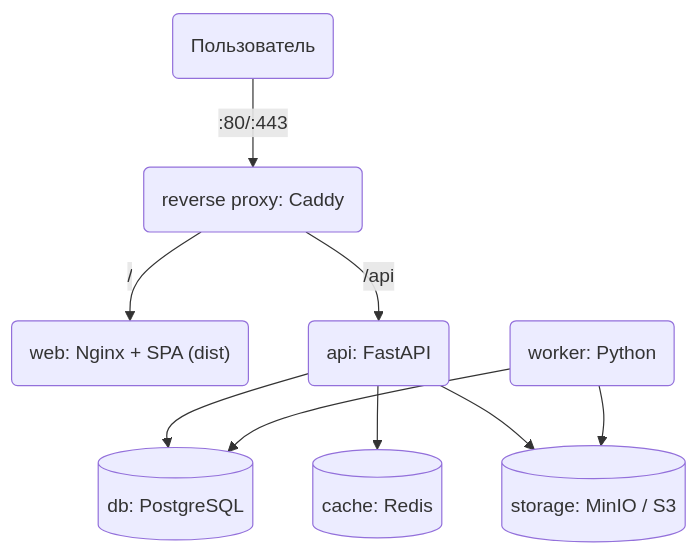
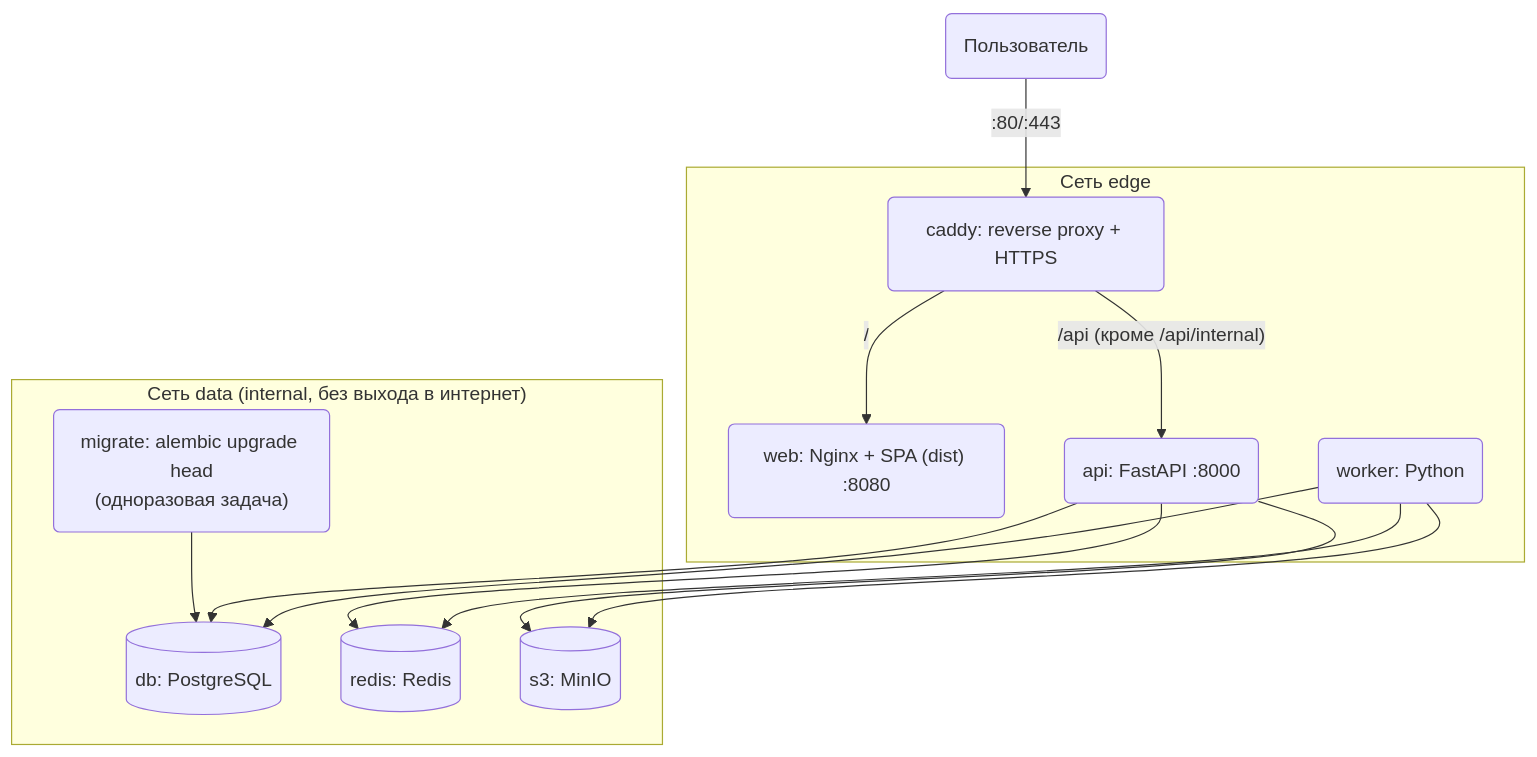
One commit to Daniil-Solo/Saas-Template changed the second of 2 diagrams in docs/deployment.md. Above: the diagram before and after it, drawn with Mermaid. The commit also changed other lines of this file and 7 other files, not shown here.

````diff
--- a/docs/deployment.md
+++ b/docs/deployment.md
@@ -54,14 +54,29 @@
 ```mermaid
 flowchart TD
-    user("Пользователь") -->|":80/:443"| caddy("reverse proxy: Caddy")
+    user("Пользователь") -->|":80/:443"| caddy("caddy: reverse proxy + HTTPS")
 
-    caddy -->|"/"| web("web: Nginx + SPA (dist)")
-    caddy -->|"/api"| api("api: FastAPI")
+    subgraph edge["Сеть edge"]
+        caddy
+        web("web: Nginx + SPA (dist) :8080")
+        api("api: FastAPI :8000")
+        worker("worker: Python")
+    end
 
-    api --> db[("db: PostgreSQL")]
-    api --> redis[("cache: Redis")]
-    api --> s3[("storage: MinIO / S3")]
+    subgraph data["Сеть data (internal, без выхода в интернет)"]
+        migrate("migrate: alembic upgrade head<br>(одноразовая задача)")
+        db[("db: PostgreSQL")]
+        redis[("redis: Redis")]
+        s3[("s3: MinIO")]
+    end
 
-    worker("worker: Python") --> db
+    caddy -->|"/"| web
+    caddy -->|"/api (кроме /api/internal)"| api
+
+    migrate --> db
+    api --> db
+    api --> redis
+    api --> s3
+    worker --> db
+    worker --> redis
     worker --> s3
 ```
````
